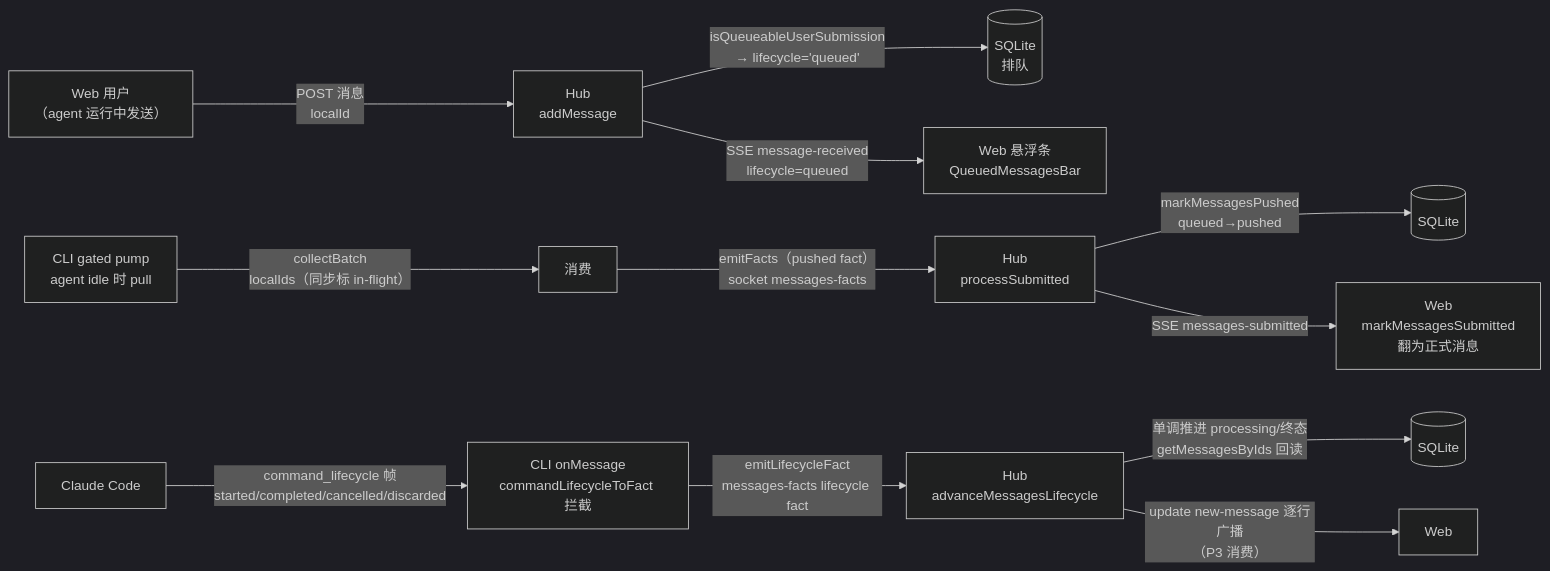
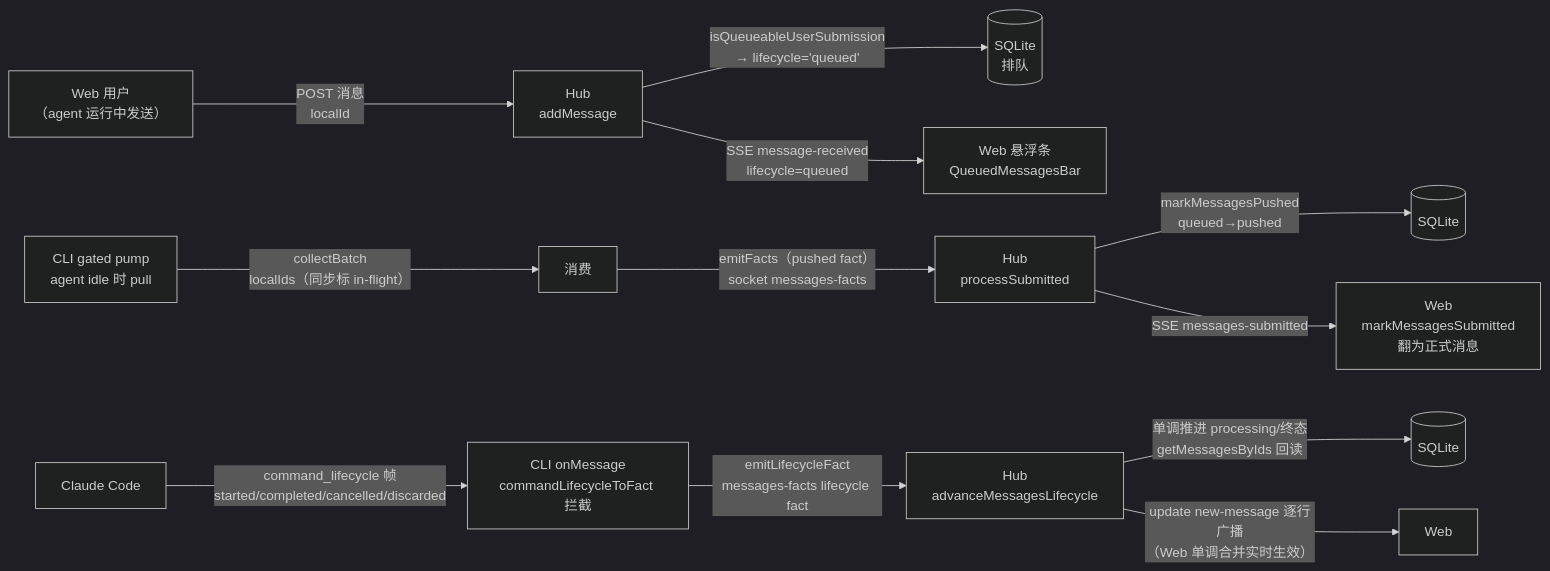
Before and after one commit to ModuBit/mobi: the second of 3 diagrams in docs/architecture/message-lifecycle.md, drawn with Mermaid (dark theme). The commit also changed other lines of this file and 3 other files, not shown here.

Commit message:
docs(architecture): P3 终态 UI 可见性同步——丢弃分区/气泡标注/单调合并

````diff
--- a/docs/architecture/message-lifecycle.md
+++ b/docs/architecture/message-lifecycle.md
@@ -315,16 +326,16 @@
 ```mermaid
 flowchart LR
     Web["Web 用户<br/>（agent 运行中发送）"] -->|"POST 消息<br/>localId"| Hub["Hub<br/>addMessage"]
     Hub -->|"isQueueableUserSubmission<br/>→ lifecycle='queued'"| DB[("SQLite<br/>排队")]
     Hub -->|"SSE message-received<br/>lifecycle=queued"| WebBar["Web 悬浮条<br/>QueuedMessagesBar"]
 
     CLI["CLI gated pump<br/>agent idle 时 pull"] -->|"collectBatch<br/>localIds（同步标 in-flight）"| Consume["消费"]
     Consume -->|"emitFacts（pushed fact）<br/>socket messages-facts"| Hub2["Hub<br/>processSubmitted"]
     Hub2 -->|"markMessagesPushed<br/>queued→pushed"| DB2[("SQLite")]
     Hub2 -->|"SSE messages-submitted"| WebFinal["Web<br/>markMessagesSubmitted<br/>翻为正式消息"]
 
     CC["Claude Code"] -->|"command_lifecycle 帧<br/>started/completed/cancelled/discarded"| Intercept["CLI onMessage<br/>commandLifecycleToFact 拦截"]
     Intercept -->|"emitLifecycleFact<br/>messages-facts lifecycle fact"| Hub3["Hub<br/>advanceMessagesLifecycle"]
     Hub3 -->|"单调推进 processing/终态<br/>getMessagesByIds 回读"| DB3[("SQLite")]
-    Hub3 -->|"update new-message 逐行广播<br/>（P3 消费）"| WebT["Web"]
+    Hub3 -->|"update new-message 逐行广播<br/>（Web 单调合并实时生效）"| WebT["Web"]
 ```
````
